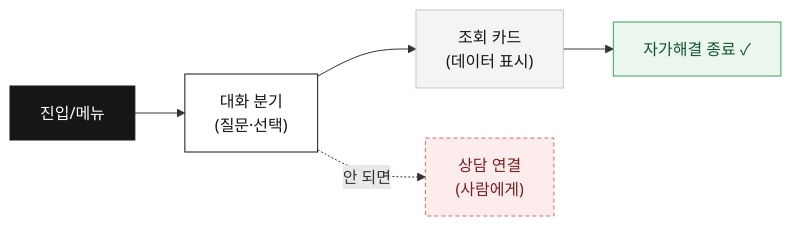
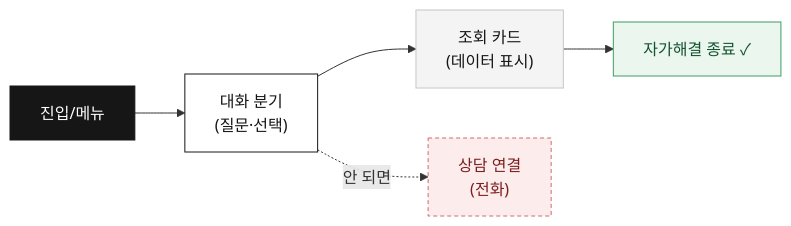
Before and after one commit to layr8x/Wiki: the first of 8 diagrams in analysis/myclass-chatbot/SCENARIO_PLAN.md, drawn with Mermaid. The commit also changed other lines of this file and 15 other files, not shown here.

````diff
--- a/analysis/myclass-chatbot/SCENARIO_PLAN.md
+++ b/analysis/myclass-chatbot/SCENARIO_PLAN.md
@@ -20,15 +24,15 @@
 ```mermaid
 flowchart LR
   A["진입/메뉴"]:::menu
   B["대화 분기<br/>(질문·선택)"]:::step
   C["조회 카드<br/>(데이터 표시)"]:::card
   D["자가해결 종료 ✓"]:::solve
-  E["상담 연결<br/>(사람에게)"]:::hand
+  E["상담 연결<br/>(전화)"]:::hand
   A --> B --> C --> D
   B -.안 되면.-> E
   classDef menu fill:#161616,color:#ffffff,stroke:#161616;
   classDef step fill:#ffffff,color:#161616,stroke:#161616;
   classDef card fill:#f4f4f4,color:#161616,stroke:#c6c6c6;
   classDef solve fill:#eaf6ee,color:#14532d,stroke:#3f9d63;
   classDef hand fill:#fdecec,color:#7a1f1f,stroke:#d06a6a,stroke-dasharray:4 3;
 ```
````
